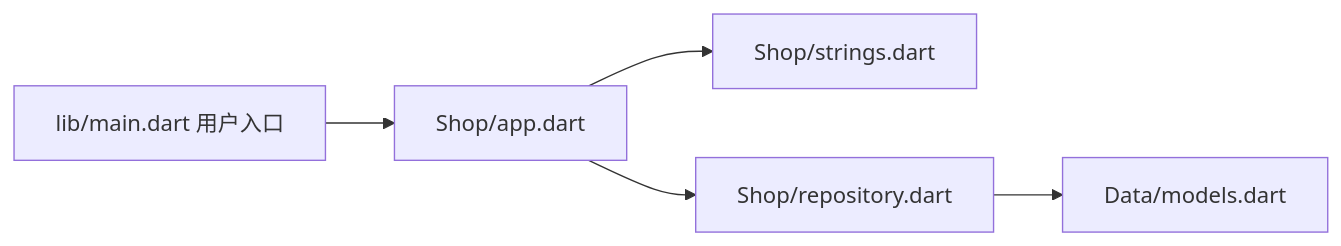
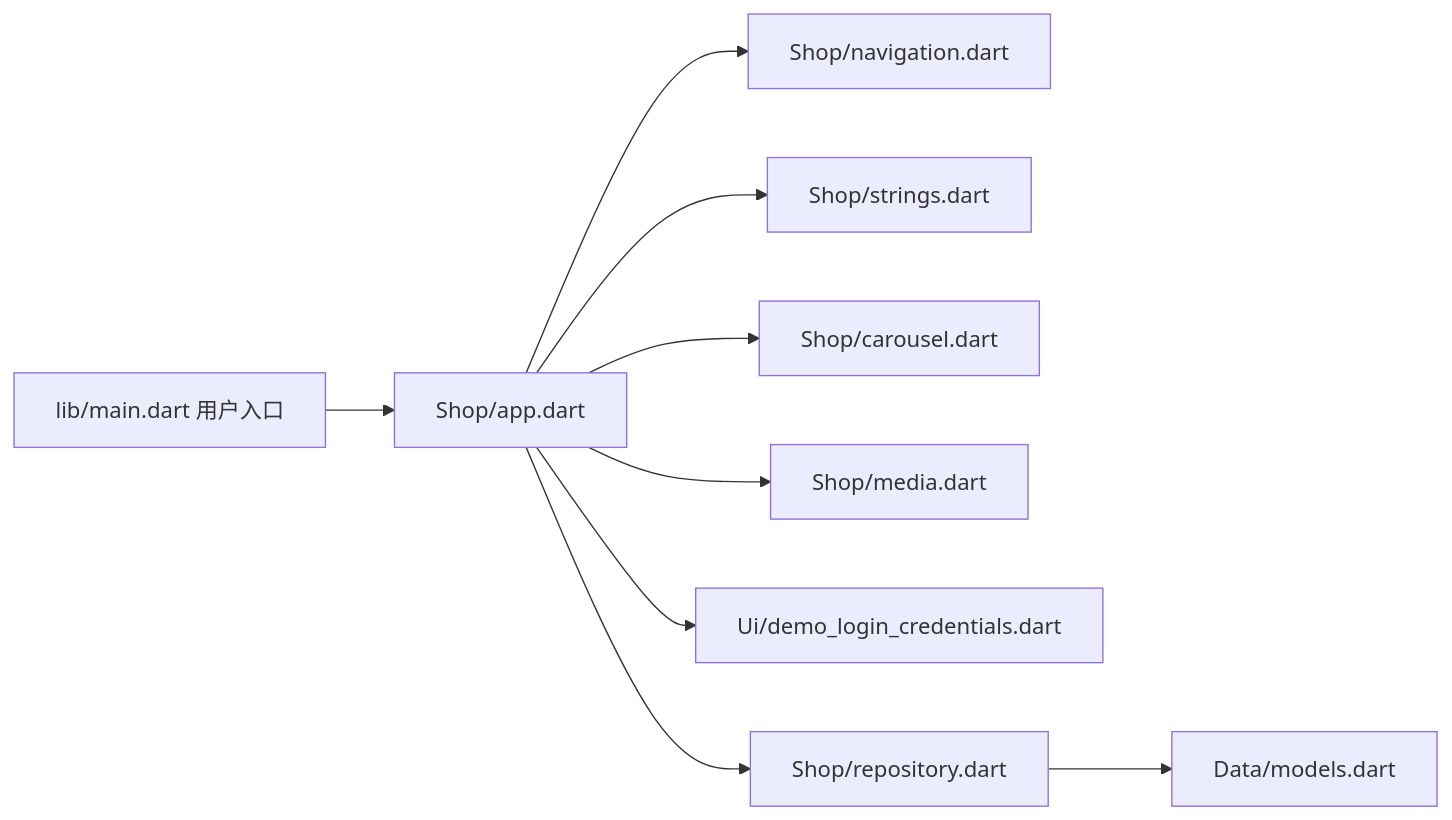
The diagram in 代码/前端/移动端/Flutter/代码地图/代码地图.md (JobsKits/AcademicServices), drawn with Mermaid before and after one commit. The commit also changed other lines of this file and 369 other files, not shown here.

````diff
--- a/代码/前端/移动端/Flutter/代码地图/代码地图.md
+++ b/代码/前端/移动端/Flutter/代码地图/代码地图.md
@@ -31,7 +36,11 @@
 ```mermaid
 flowchart LR
     Main[lib/main.dart 用户入口] --> App[Shop/app.dart]
+    App --> Routes[Shop/navigation.dart]
     App --> Text[Shop/strings.dart]
+    App --> Banner[Shop/carousel.dart]
+    App --> Media[Shop/media.dart]
+    App --> Credentials[Ui/demo_login_credentials.dart]
     App --> Repository[Shop/repository.dart]
     Repository --> Models[Data/models.dart]
 ```
````
